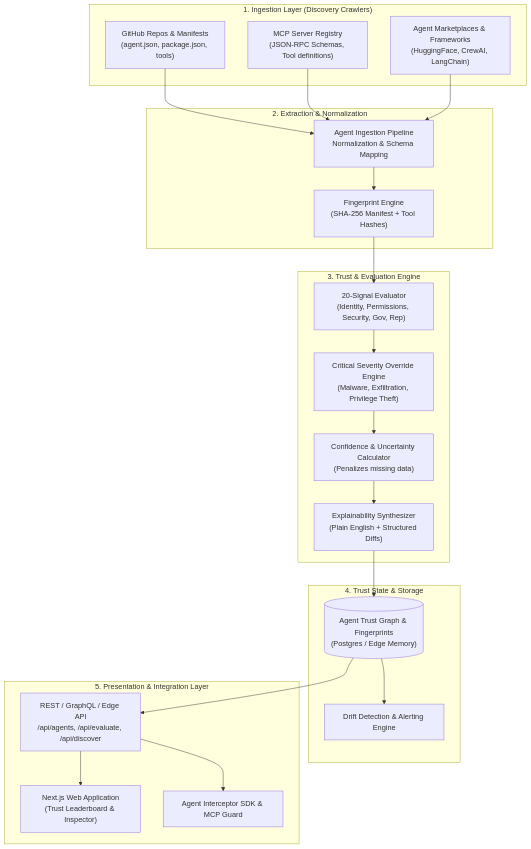
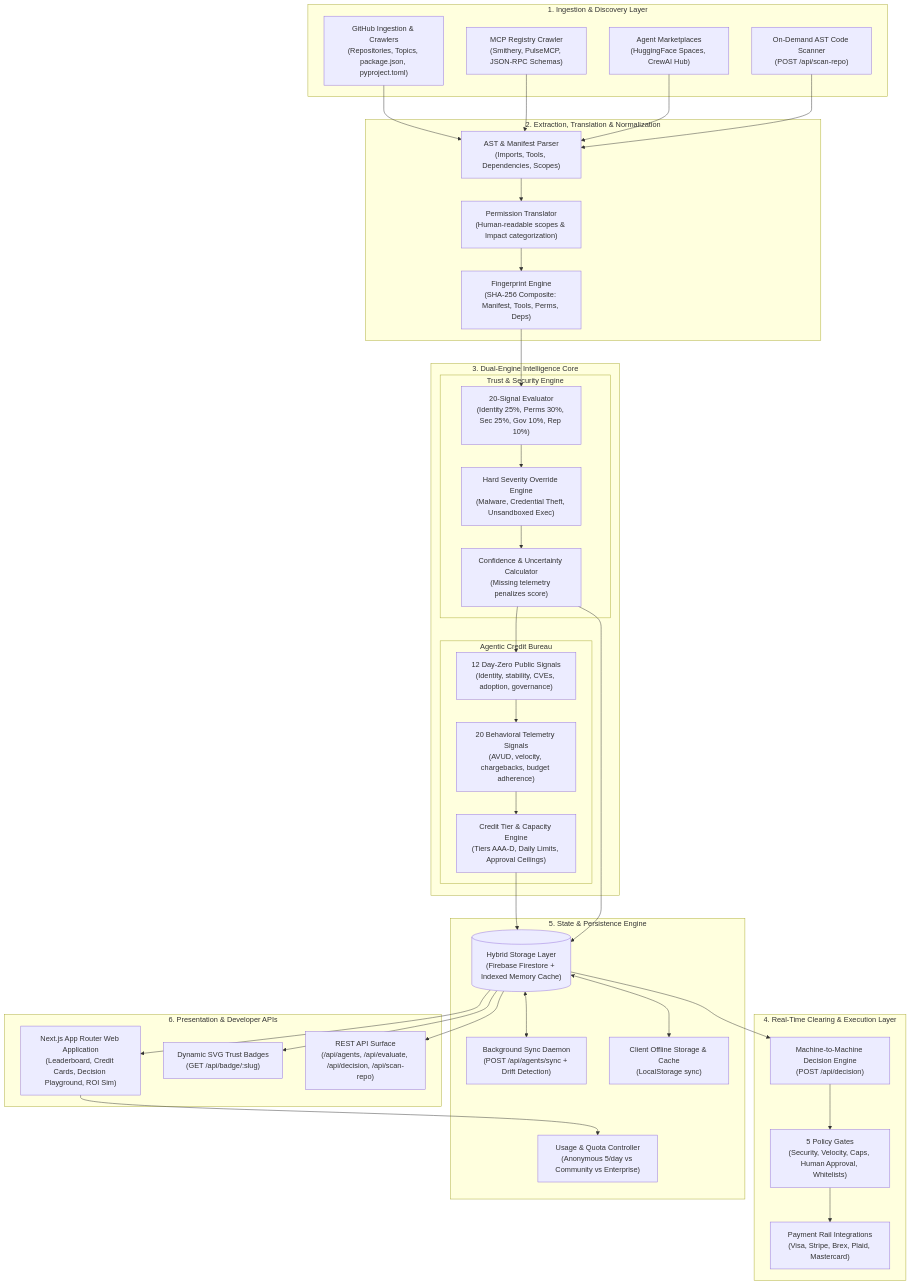
The diagram in specs/01_ARCHITECTURE_OVERVIEW.md (DrowLink/trusty-ai), drawn with Mermaid before and after one commit. The commit also changed other lines of this file and 6 other files, not shown here.

Commit message:
docs: update Discovery Engine specification to include AST scanning, permission translation, and new agentic registry documentation

````diff
--- a/specs/01_ARCHITECTURE_OVERVIEW.md
+++ b/specs/01_ARCHITECTURE_OVERVIEW.md
@@ -27,45 +29,72 @@
 ```mermaid
 flowchart TD
-    subgraph "1. Ingestion Layer (Discovery Crawlers)"
-        GH["GitHub Repos & Manifests<br/>(agent.json, package.json, tools)"]
-        MCP["MCP Server Registry<br/>(JSON-RPC Schemas, Tool definitions)"]
-        MKT["Agent Marketplaces & Frameworks<br/>(HuggingFace, CrewAI, LangChain)"]
+    subgraph "1. Ingestion & Discovery Layer"
+        GH["GitHub Ingestion & Crawlers<br/>(Repositories, Topics, package.json, pyproject.toml)"]
+        MCP["MCP Registry Crawler<br/>(Smithery, PulseMCP, JSON-RPC Schemas)"]
+        MKT["Agent Marketplaces<br/>(HuggingFace Spaces, CrewAI Hub)"]
+        LIVE["On-Demand AST Code Scanner<br/>(POST /api/scan-repo)"]
     end
 
-    subgraph "2. Extraction & Normalization"
-        NORM["Agent Ingestion Pipeline<br/>Normalization & Schema Mapping"]
-        FP["Fingerprint Engine<br/>(SHA-256 Manifest + Tool Hashes)"]
+    subgraph "2. Extraction, Translation & Normalization"
+        AST["AST & Manifest Parser<br/>(Imports, Tools, Dependencies, Scopes)"]
+        TRANS["Permission Translator<br/>(Human-readable scopes & Impact categorization)"]
+        FP["Fingerprint Engine<br/>(SHA-256 Composite: Manifest, Tools, Perms, Deps)"]
     end
 
-    subgraph "3. Trust & Evaluation Engine"
-        SIG["20-Signal Evaluator<br/>(Identity, Permissions, Security, Gov, Rep)"]
-        OVR["Critical Severity Override Engine<br/>(Malware, Exfiltration, Privilege Theft)"]
-        CONF["Confidence & Uncertainty Calculator<br/>(Penalizes missing data)"]
-        EXP["Explainability Synthesizer<br/>(Plain English + Structured Diffs)"]
+    subgraph "3. Dual-Engine Intelligence Core"
+        subgraph "Trust & Security Engine"
+            SIG["20-Signal Evaluator<br/>(Identity 25%, Perms 30%, Sec 25%, Gov 10%, Rep 10%)"]
+            OVR["Hard Severity Override Engine<br/>(Malware, Credential Theft, Unsandboxed Exec)"]
+            CONF["Confidence & Uncertainty Calculator<br/>(Missing telemetry penalizes score)"]
+        end
+
+        subgraph "Agentic Credit Bureau"
+            D0["12 Day-Zero Public Signals<br/>(Identity, stability, CVEs, adoption, governance)"]
+            BEH["20 Behavioral Telemetry Signals<br/>(AVUD, velocity, chargebacks, budget adherence)"]
+            TIER["Credit Tier & Capacity Engine<br/>(Tiers AAA-D, Daily Limits, Approval Ceilings)"]
+        end
     end
 
-    subgraph "4. Trust State & Storage"
-        DB[("Agent Trust Graph & Fingerprints<br/>(Postgres / Edge Memory)")]
-        DRIFT["Drift Detection & Alerting Engine"]
+    subgraph "4. Real-Time Clearing & Execution Layer"
+        DEC["Machine-to-Machine Decision Engine<br/>(POST /api/decision)"]
+        POLICY["5 Policy Gates<br/>(Security, Velocity, Caps, Human Approval, Whitelists)"]
+        RAILS["Payment Rail Integrations<br/>(Visa, Stripe, Brex, Plaid, Mastercard)"]
     end
 
-    subgraph "5. Presentation & Integration Layer"
-        API["REST / GraphQL / Edge API<br/>/api/agents, /api/evaluate, /api/discover"]
-        WEB["Next.js Web Application<br/>(Trust Leaderboard & Inspector)"]
-        SDK["Agent Interceptor SDK & MCP Guard"]
+    subgraph "5. State & Persistence Engine"
+        STORE[("Hybrid Storage Layer<br/>(Firebase Firestore + Indexed Memory Cache)")]
+        SYNC["Background Sync Daemon<br/>(POST /api/agents/sync + Drift Detection)"]
+        CLIENT["Client Offline Storage & Cache<br/>(LocalStorage sync)"]
+        QUOTA["Usage & Quota Controller<br/>(Anonymous 5/day vs Community vs Enterprise)"]
     end
 
-    GH --> NORM
-    MCP --> NORM
-    MKT --> NORM
-    NORM --> FP
+    subgraph "6. Presentation & Developer APIs"
+        APP["Next.js App Router Web Application<br/>(Leaderboard, Credit Cards, Decision Playground, ROI Sim)"]
+        BADGE["Dynamic SVG Trust Badges<br/>(GET /api/badge/:slug)"]
+        API["REST API Surface<br/>(/api/agents, /api/evaluate, /api/decision, /api/scan-repo)"]
+    end
+
+    GH --> AST
+    MCP --> AST
+    MKT --> AST
+    LIVE --> AST
+    AST --> TRANS
+    TRANS --> FP
     FP --> SIG
     SIG --> OVR
     OVR --> CONF
-    CONF --> EXP
-    EXP --> DB
-    DB --> DRIFT
-    DB --> API
-    API --> WEB
-    API --> SDK
+    CONF --> D0
+    D0 --> BEH
+    BEH --> TIER
+    TIER --> STORE
+    CONF --> STORE
+    STORE <--> SYNC
+    STORE <--> CLIENT
+    STORE --> DEC
+    DEC --> POLICY
+    POLICY --> RAILS
+    STORE --> API
+    STORE --> APP
+    STORE --> BADGE
+    APP --> QUOTA
 ```
````
